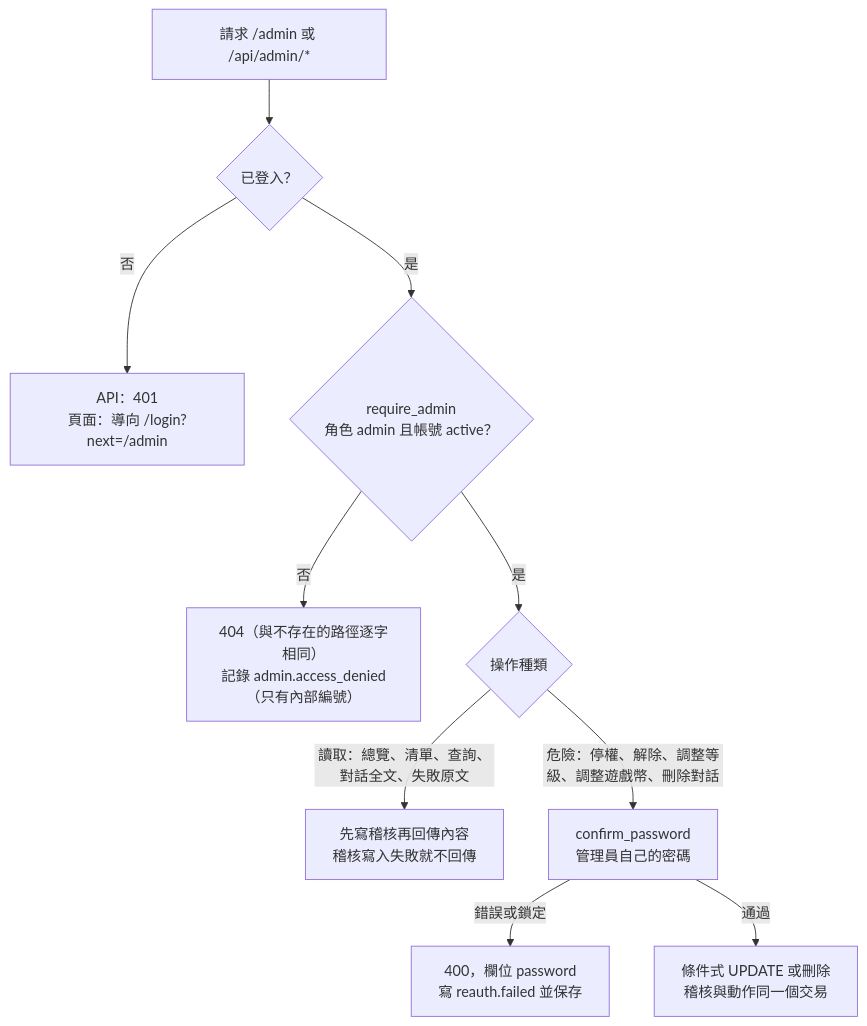
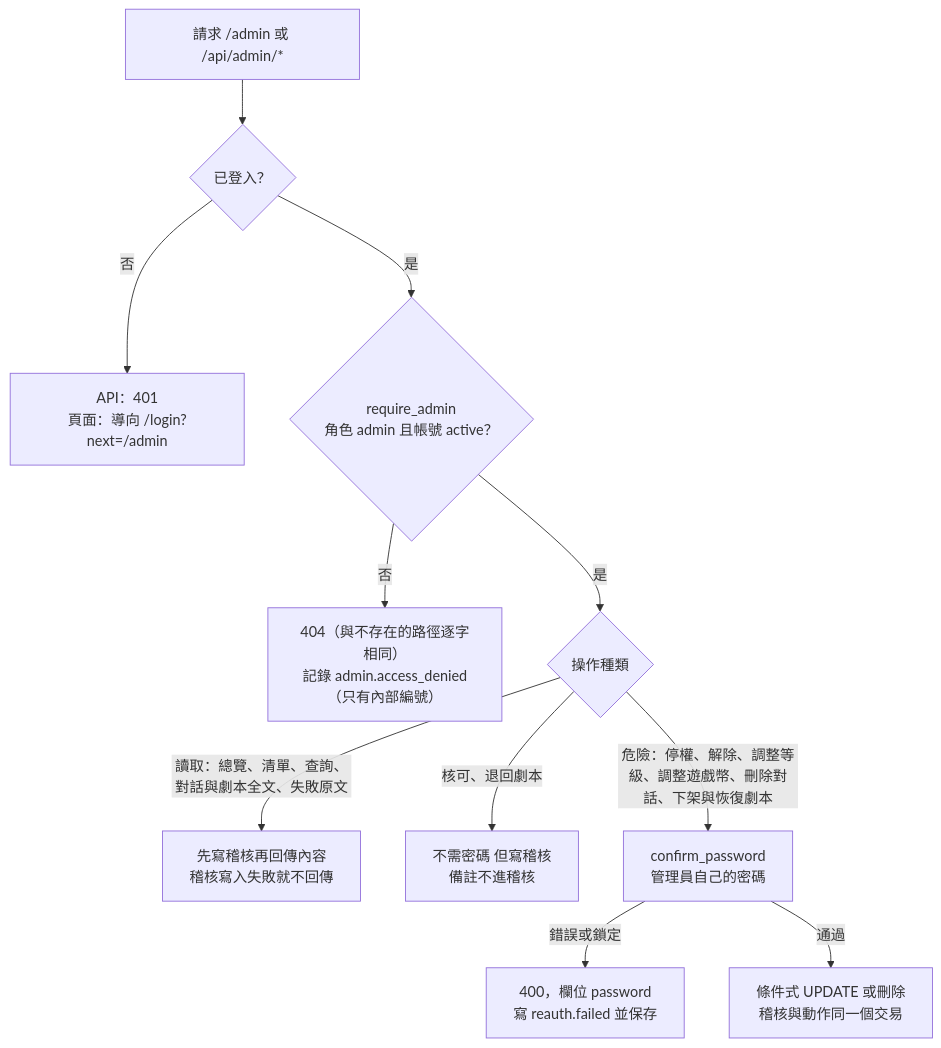
Before and after one commit to pp466pp466/R.A.C: the sixth of 11 diagrams in docs/帳號與安全-auth-security.md, drawn with Mermaid. The commit also changed other lines of this file and 9 other files, not shown here.

````diff
--- a/docs/帳號與安全-auth-security.md
+++ b/docs/帳號與安全-auth-security.md
@@ -218,12 +218,13 @@
 ```mermaid
 flowchart TD
     Req["請求 /admin 或 /api/admin/*"] --> Login{"已登入？"}
     Login -->|"否"| L401["API：401<br/>頁面：導向 /login?next=/admin"]
     Login -->|"是"| Admin{"require_admin<br/>角色 admin 且帳號 active？"}
     Admin -->|"否"| N404["404（與不存在的路徑逐字相同）<br/>記錄 admin.access_denied（只有內部編號）"]
     Admin -->|"是"| Kind{"操作種類"}
-    Kind -->|"讀取：總覽、清單、查詢、對話全文、失敗原文"| Read["先寫稽核再回傳內容<br/>稽核寫入失敗就不回傳"]
-    Kind -->|"危險：停權、解除、調整等級、調整遊戲幣、刪除對話"| Pw["confirm_password<br/>管理員自己的密碼"]
+    Kind -->|"讀取：總覽、清單、查詢、對話與劇本全文、失敗原文"| Read["先寫稽核再回傳內容<br/>稽核寫入失敗就不回傳"]
+    Kind -->|"核可、退回劇本"| Plain["不需密碼 但寫稽核<br/>備註不進稽核"]
+    Kind -->|"危險：停權、解除、調整等級、調整遊戲幣、刪除對話、下架與恢復劇本"| Pw["confirm_password<br/>管理員自己的密碼"]
     Pw -->|"錯誤或鎖定"| Fail["400，欄位 password<br/>寫 reauth.failed 並保存"]
     Pw -->|"通過"| Do["條件式 UPDATE 或刪除<br/>稽核與動作同一個交易"]
 ```
````
